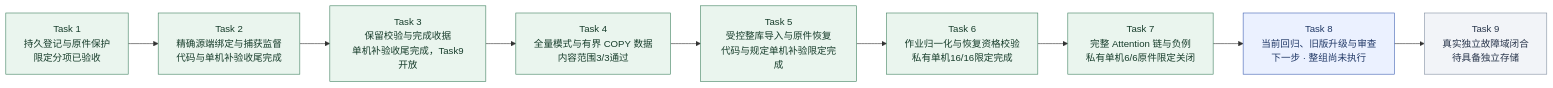
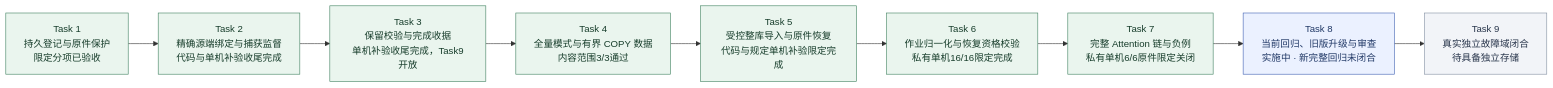
The second of 9 diagrams in docs/KnowWeave实施路线与系统架构.md (MansurnamedZhang/learning-system-p0c4), drawn with Mermaid before and after one commit. The commit also changed other lines of this file and 7 other files, not shown here.

````diff
--- a/docs/KnowWeave实施路线与系统架构.md
+++ b/docs/KnowWeave实施路线与系统架构.md
@@ -81,26 +81,26 @@
 ```mermaid
 flowchart LR
     C4T1["Task 1<br/>持久登记与原件保护<br/>限定分项已验收"]
     C4T2["Task 2<br/>精确源端绑定与捕获监督<br/>代码与单机补验收尾完成"]
     C4T3["Task 3<br/>保留校验与完成收据<br/>单机补验收尾完成，Task9开放"]
     C4T4["Task 4<br/>全量模式与有界 COPY 数据<br/>内容范围3/3通过"]
     C4T5["Task 5<br/>受控整库导入与原件恢复<br/>代码与规定单机补验限定完成"]
     C4T6["Task 6<br/>作业归一化与恢复资格校验<br/>私有单机16/16限定完成"]
     C4T7["Task 7<br/>完整 Attention 链与负例<br/>私有单机6/6原件限定关闭"]
-    C4T8["Task 8<br/>当前回归、旧版升级与审查<br/>下一步 · 整组尚未执行"]
+    C4T8["Task 8<br/>当前回归、旧版升级与审查<br/>实施中 · 新完整回归未闭合"]
     C4T9["Task 9<br/>真实独立故障域闭合<br/>待具备独立存储"]
     C4T1 --> C4T2
     C4T2 --> C4T3
     C4T3 --> C4T4
     C4T4 --> C4T5
     C4T5 --> C4T6
     C4T6 --> C4T7
     C4T7 --> C4T8
     C4T8 --> C4T9
     class C4T1,C4T2,C4T3,C4T4,C4T5,C4T6,C4T7 done
     class C4T8 next
     class C4T9 planned
     classDef done fill:#eaf5ee,stroke:#438363,color:#173d2b
     classDef next fill:#ebf1ff,stroke:#4365b4,color:#203866
     classDef planned fill:#f2f4f8,stroke:#8591a3,color:#28354b
 ```
````
